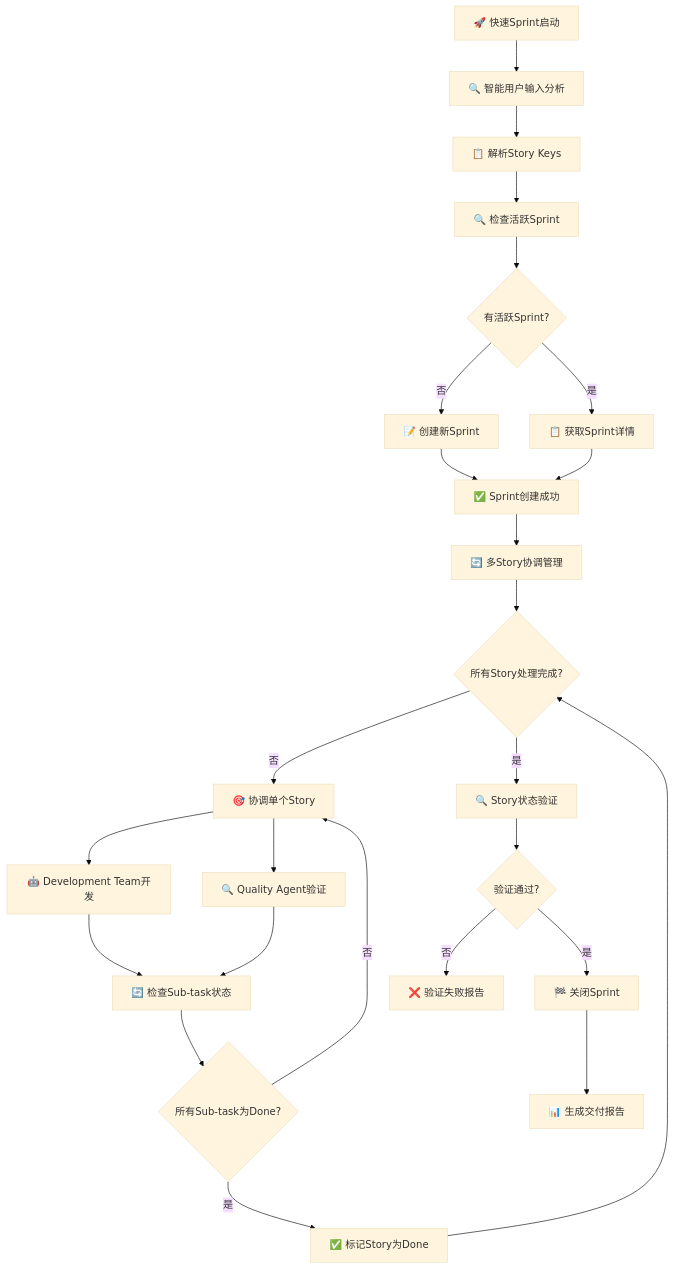
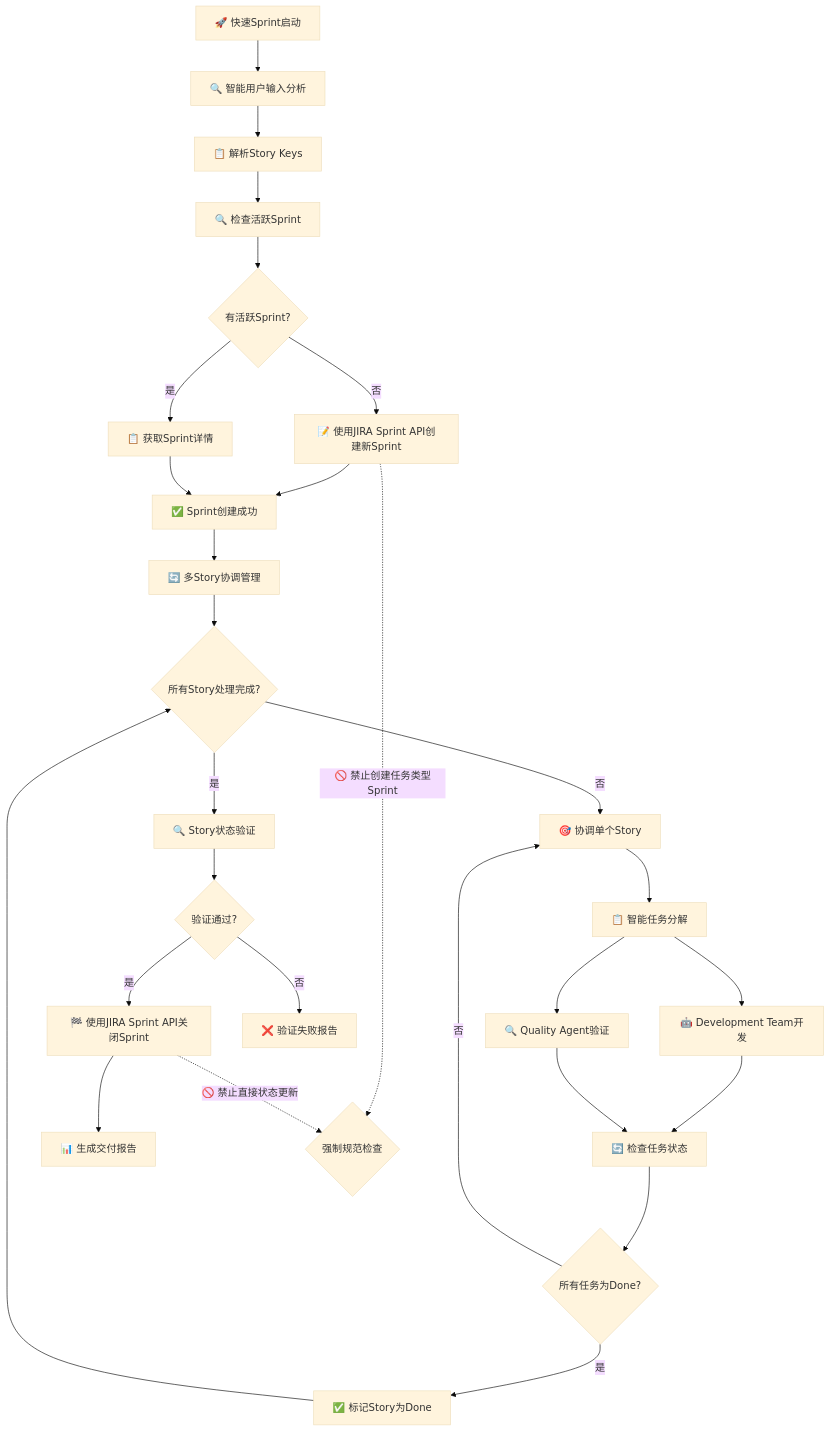
Before and after one commit to ouyangshixiong/context-engineering-zh: the first of 11 diagrams in plugins/agile-marketplace/sprint-plugin/commands/快速sprint.md, drawn with Mermaid (base theme). The commit also changed other lines of this file and 12 other files, not shown here.

````diff
--- a/plugins/agile-marketplace/sprint-plugin/commands/快速sprint.md
+++ b/plugins/agile-marketplace/sprint-plugin/commands/快速sprint.md
@@ -31,27 +54,33 @@
 ```mermaid
 flowchart TD
     A[🚀 快速Sprint启动] --> B[🔍 智能用户输入分析]
     B --> C[📋 解析Story Keys]
     C --> D[🔍 检查活跃Sprint]
     D --> E{有活跃Sprint?}
-    E -->|否| F[📝 创建新Sprint]
+    E -->|否| F[📝 使用JIRA Sprint API创建新Sprint]
     E -->|是| G[📋 获取Sprint详情]
     F --> H[✅ Sprint创建成功]
     G --> H
     H --> I[🔄 多Story协调管理]
     I --> J{所有Story处理完成?}
     J -->|否| K[🎯 协调单个Story]
-    K --> L[🤖 Development Team开发]
-    K --> M[🔍 Quality Agent验证]
-    L --> N[🔄 检查Sub-task状态]
-    M --> N
-    N --> O{所有Sub-task为Done?}
-    O -->|否| K
-    O -->|是| P[✅ 标记Story为Done]
-    P --> J
-    J -->|是| Q[🔍 Story状态验证]
-    Q --> R{验证通过?}
-    R -->|否| S[❌ 验证失败报告]
-    R -->|是| T[🏁 关闭Sprint]
-    T --> U[📊 生成交付报告]
+    K --> L[📋 智能任务分解]
+    L --> M[🤖 Development Team开发]
+    L --> N[🔍 Quality Agent验证]
+    M --> O[🔄 检查任务状态]
+    N --> O
+    O --> P{所有任务为Done?}
+    P -->|否| K
+    P -->|是| Q[✅ 标记Story为Done]
+    Q --> J
+    J -->|是| R[🔍 Story状态验证]
+    R --> S{验证通过?}
+    S -->|否| T[❌ 验证失败报告]
+    S -->|是| U[🏁 使用JIRA Sprint API关闭Sprint]
+    U --> V[📊 生成交付报告]
+
+    %% 强制规范检查
+    F -.->|🚫 禁止创建任务类型Sprint| W[强制规范检查]
+    U -.->|🚫 禁止直接状态更新| W
+    W{强制规范检查}
 ```
````
